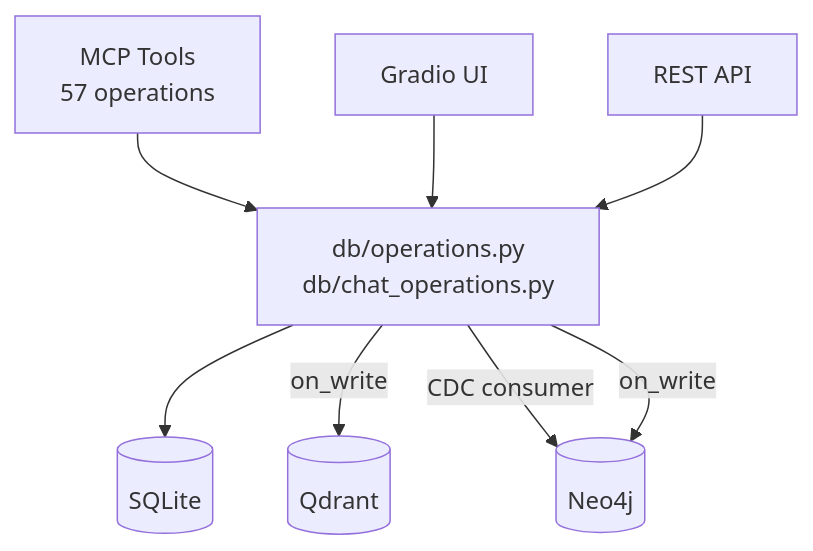
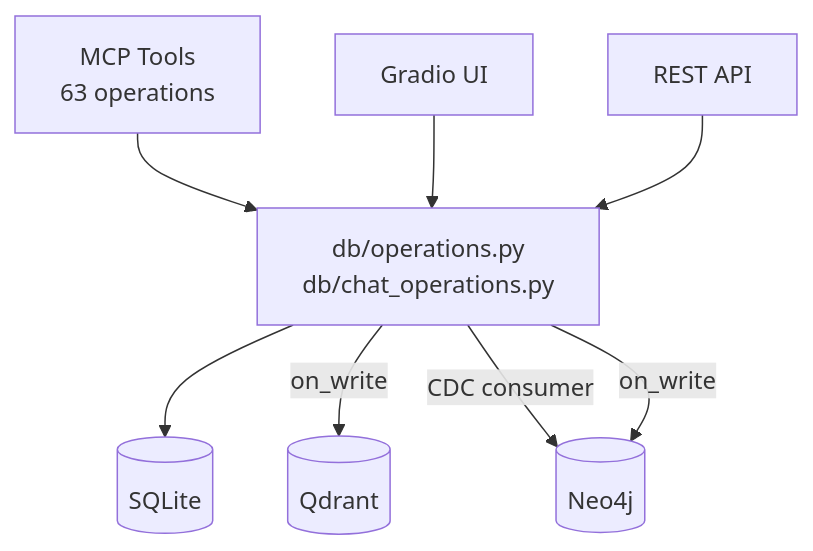
Before and after one commit to janat-llc/janatpmp: the second of 2 diagrams in README.md, drawn with Mermaid. The commit also changed other lines of this file and 18 other files, not shown here.

First line of the commit message:
R16: Message chunking — schema, engine, pipeline, RAG, graph, admin

````diff
--- a/README.md
+++ b/README.md
@@ -43,10 +43,10 @@
 ```mermaid
 graph TB
-    MCP[MCP Tools<br/>57 operations] --> DB[db/operations.py<br/>db/chat_operations.py]
+    MCP[MCP Tools<br/>63 operations] --> DB[db/operations.py<br/>db/chat_operations.py]
     UI[Gradio UI] --> DB
     API[REST API] --> DB
     DB --> SQLite[(SQLite)]
     DB -->|on_write| Qdrant[(Qdrant)]
     DB -->|CDC consumer| Neo4j[(Neo4j)]
     DB -->|on_write| Neo4j
 ```
````
